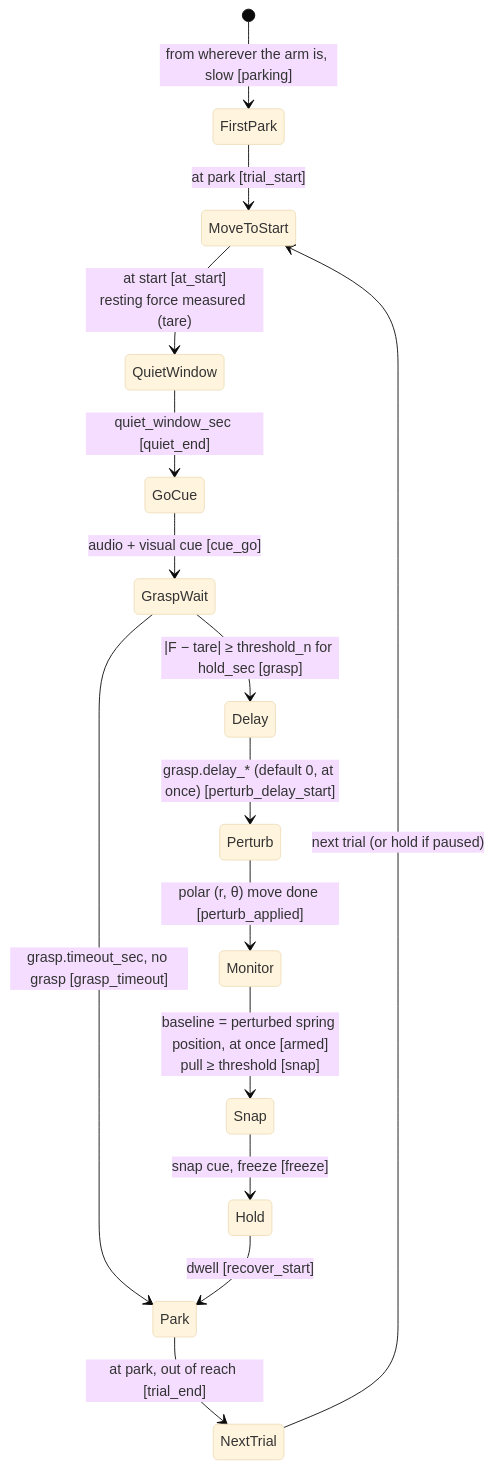
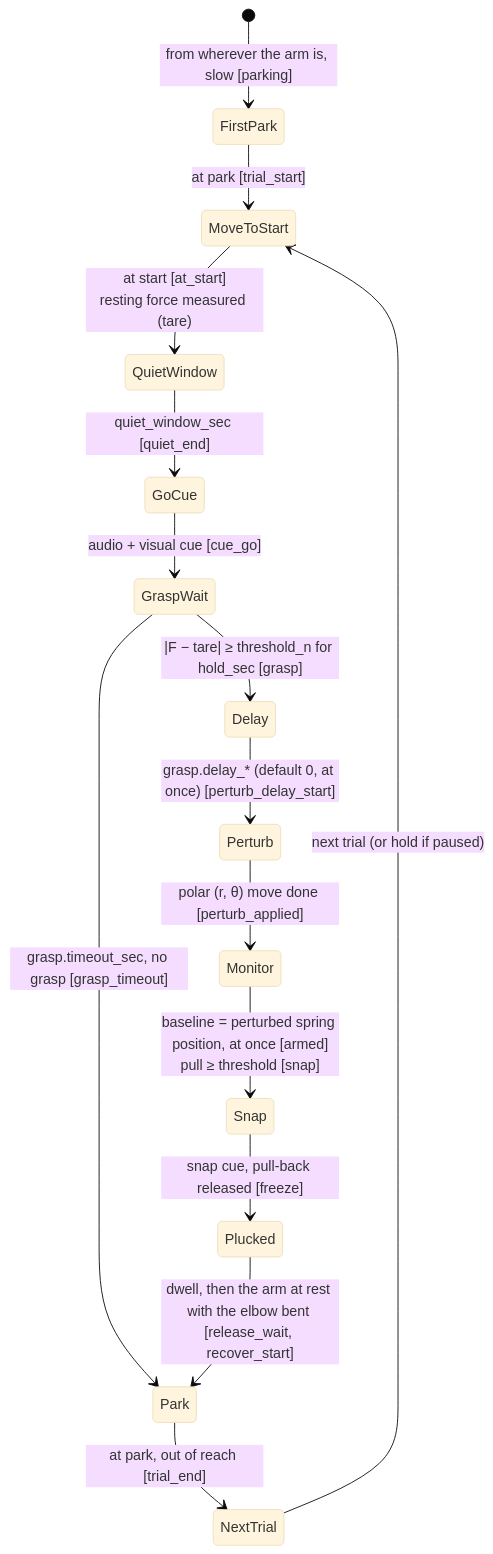
One commit to sinthlab/sinthlab-kuka-stack changed the seventh of 10 diagrams in README.md. Above: the diagram before and after it, drawn with Mermaid (base theme). The commit also changed other lines of this file and 34 other files, not shown here.

````diff
--- a/README.md
+++ b/README.md
@@ -1768,17 +1888,17 @@
 ```mermaid
 stateDiagram-v2
     [*] --> FirstPark : from wherever the arm is, slow [parking]
     FirstPark --> MoveToStart : at park [trial_start]
     MoveToStart --> QuietWindow : at start [at_start]<br/>resting force measured (tare)
     QuietWindow --> GoCue : quiet_window_sec [quiet_end]
     GoCue --> GraspWait : audio + visual cue [cue_go]
     GraspWait --> Delay : |F − tare| ≥ threshold_n for hold_sec [grasp]
     GraspWait --> Park : grasp.timeout_sec, no grasp [grasp_timeout]
     Delay --> Perturb : grasp.delay_* (default 0, at once) [perturb_delay_start]
     Perturb --> Monitor : polar (r, θ) move done [perturb_applied]
     Monitor --> Snap : baseline = perturbed spring position, at once [armed]<br/>pull ≥ threshold [snap]
-    Snap --> Hold : snap cue, freeze [freeze]
-    Hold --> Park : dwell [recover_start]
+    Snap --> Plucked : snap cue, pull-back released [freeze]
+    Plucked --> Park : dwell, then the arm at rest with the elbow bent [release_wait, recover_start]
     Park --> NextTrial : at park, out of reach [trial_end]
     NextTrial --> MoveToStart : next trial (or hold if paused)
 ```
````
